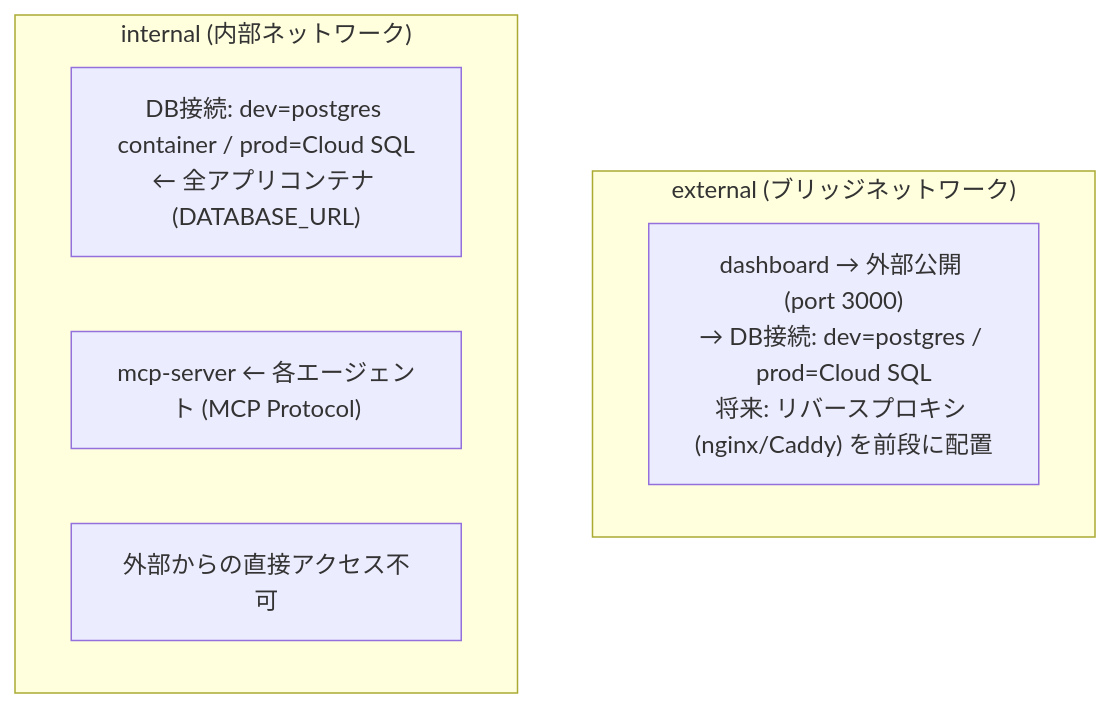
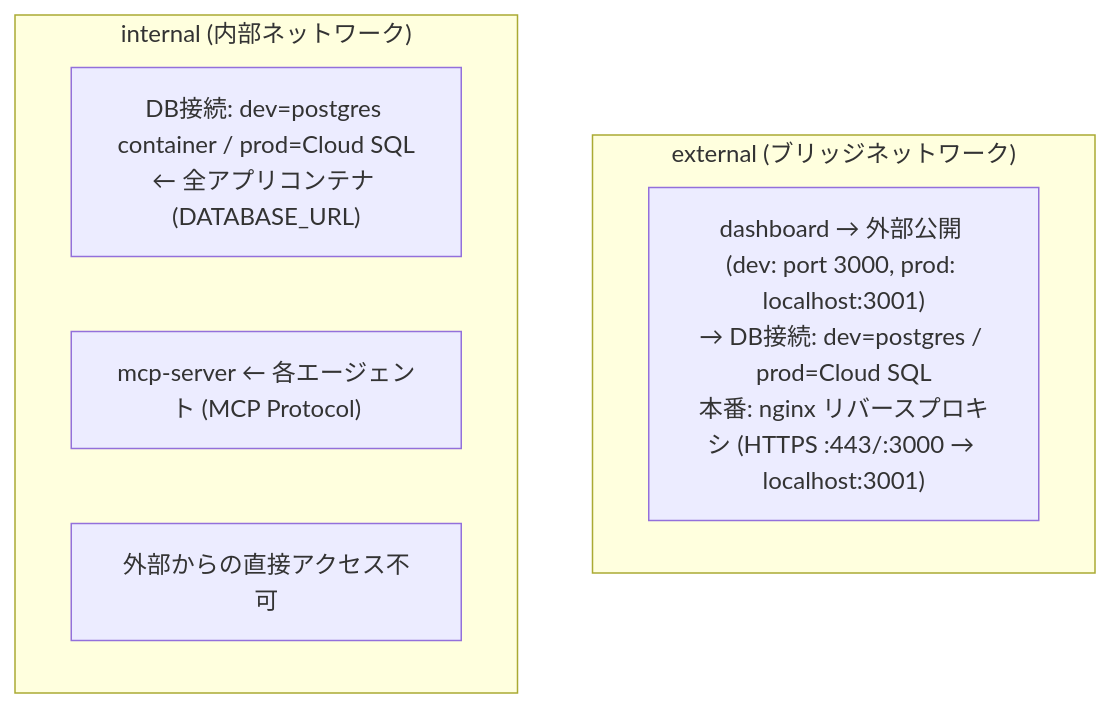
Diagram 27 of 28 in docs/v5-specification/02-architecture.md (Ceed-dev/ai-influencer), drawn with Mermaid before and after one commit. The commit also changed other lines of this file and 8 other files, not shown here.

````diff
--- a/docs/v5-specification/02-architecture.md
+++ b/docs/v5-specification/02-architecture.md
@@ -3382,12 +3384,12 @@
 ```mermaid
 flowchart TB
     subgraph ext["external (ブリッジネットワーク)"]
-        dashboard_ext["dashboard → 外部公開 (port 3000)<br/>→ DB接続: dev=postgres / prod=Cloud SQL<br/>将来: リバースプロキシ (nginx/Caddy) を前段に配置"]
+        dashboard_ext["dashboard → 外部公開 (dev: port 3000, prod: localhost:3001)<br/>→ DB接続: dev=postgres / prod=Cloud SQL<br/>本番: nginx リバースプロキシ (HTTPS :443/:3000 → localhost:3001)"]
     end
 
     subgraph int["internal (内部ネットワーク)"]
         db_int["DB接続: dev=postgres container / prod=Cloud SQL<br/>← 全アプリコンテナ (DATABASE_URL)"]
         mcp_int["mcp-server ← 各エージェント (MCP Protocol)"]
         note_int["外部からの直接アクセス不可"]
     end
 ```
````
